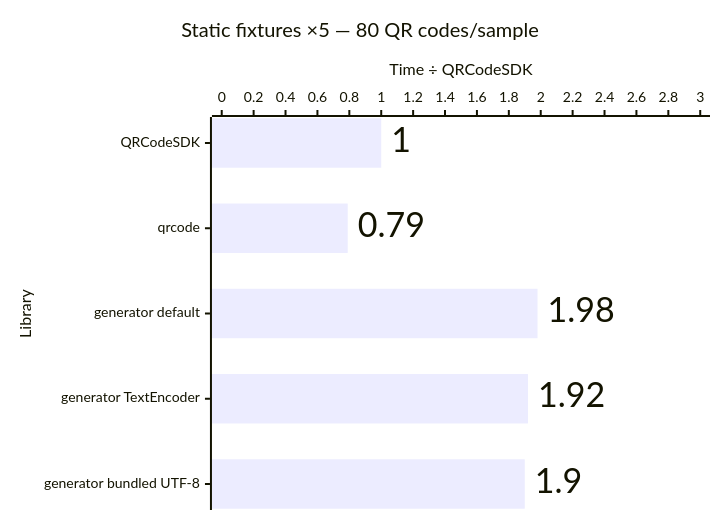
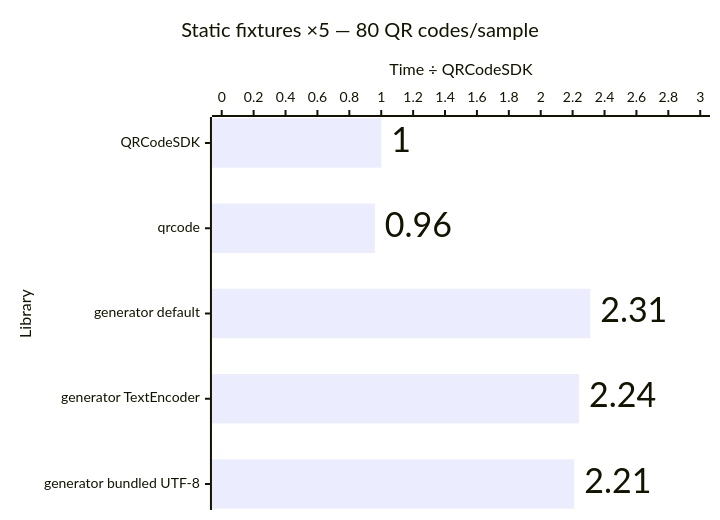
One commit to Dafnik/qrcodesdk changed the eighth of 12 diagrams in apps/docs/src/content/docs/advanced/performance.md. Above: the diagram before and after it, drawn with Mermaid. The commit also changed other lines of this file and 12 other files, not shown here.

````diff
--- a/apps/docs/src/content/docs/advanced/performance.md
+++ b/apps/docs/src/content/docs/advanced/performance.md
@@ -177,15 +177,15 @@
 ```mermaid
 ---
 config:
   xyChart:
     showDataLabel: true
     showDataLabelOutsideBar: true
 ---
 xychart horizontal
   accTitle: SVG generation: Static fixtures ×5 — 80 QR codes/sample
-  accDescr: Relative median time compared with QRCodeSDK. QRCodeSDK 1.00 times, qrcode 0.79 times, generator default 1.98 times, generator TextEncoder 1.92 times, generator bundled UTF-8 1.90 times. Lower is better.
+  accDescr: Relative median time compared with QRCodeSDK. QRCodeSDK 1.00 times, qrcode 0.96 times, generator default 2.31 times, generator TextEncoder 2.24 times, generator bundled UTF-8 2.21 times. Lower is better.
   title "Static fixtures ×5 — 80 QR codes/sample"
   x-axis "Library" ["QRCodeSDK", "qrcode", "generator default", "generator TextEncoder", "generator bundled UTF-8"]
   y-axis "Time ÷ QRCodeSDK" 0 --> 3.0
-  bar [1.00, 0.79, 1.98, 1.92, 1.90]
+  bar [1.00, 0.96, 2.31, 2.24, 2.21]
 ```
````
